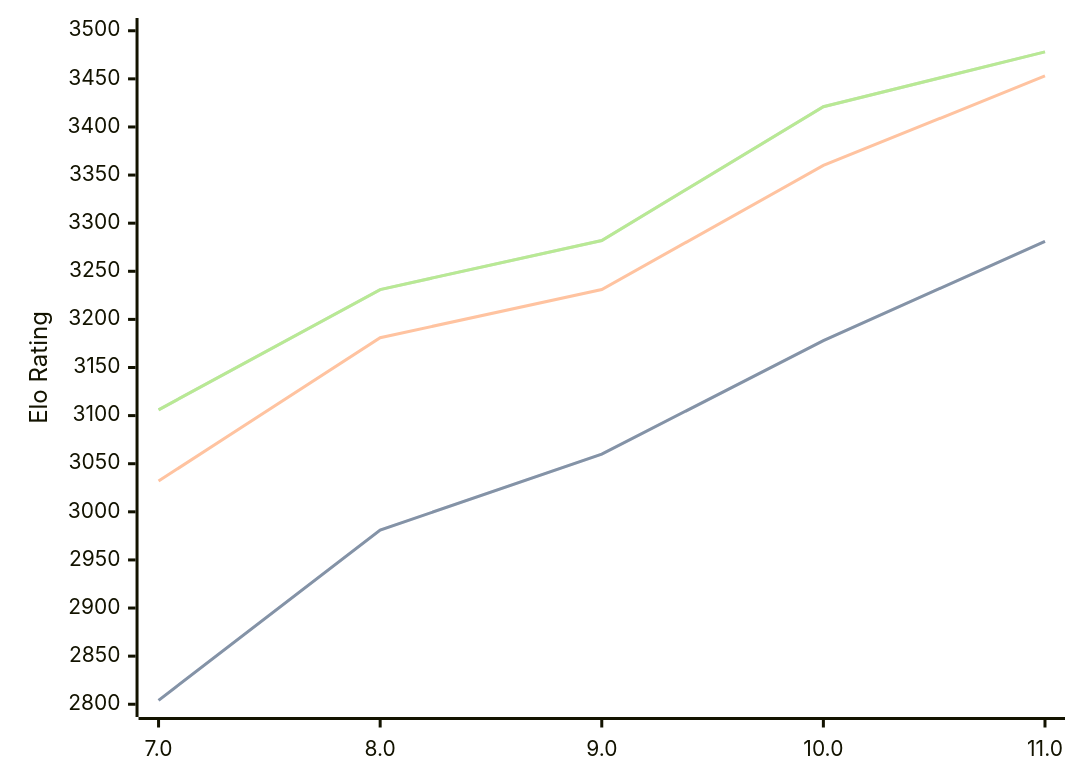
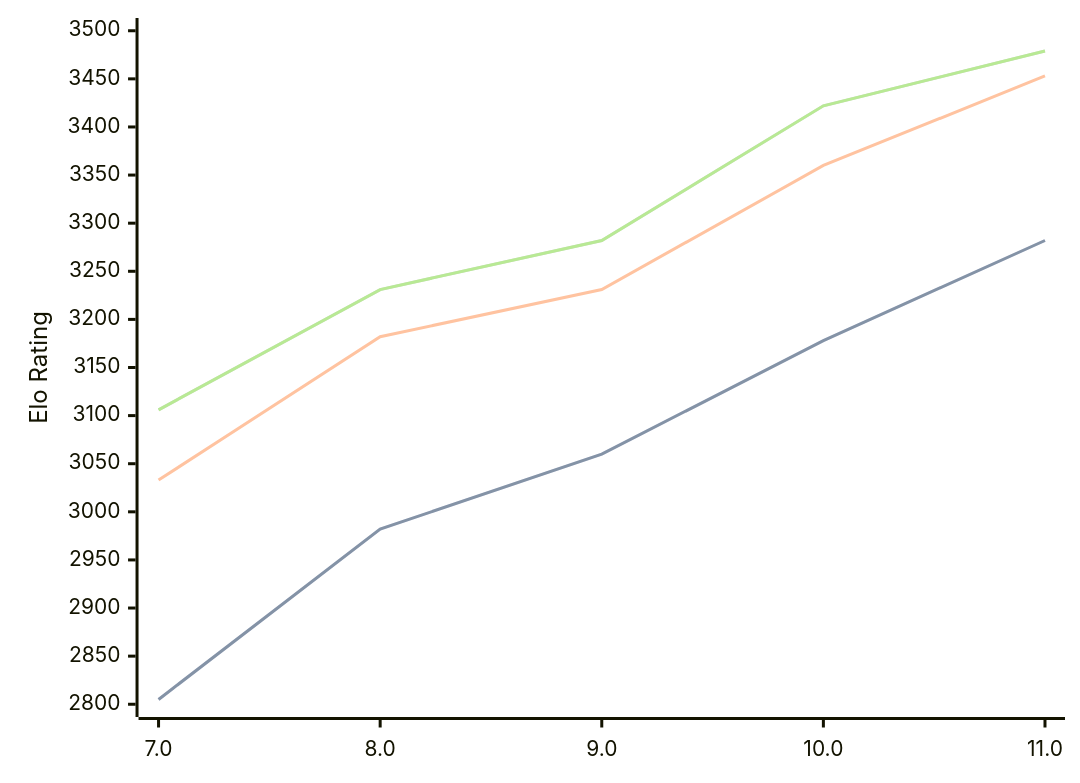
Before and after one commit to computer-chess-index/cci: the diagram in engines/Tcheran.md, drawn with Mermaid. The commit also changed other lines of this file, not shown here.

Commit message:
Update CCI Ratings (ELO VLTC) - 2026-04-25

````diff
--- a/engines/Tcheran.md
+++ b/engines/Tcheran.md
@@ -49,11 +49,11 @@
 ```mermaid
 %%{init: {"theme":"base","themeVariables":{"seriesColors:['#a3a3a3','#222221','#faa371']}}}%%
 xychart-beta
   x-axis ["7.0", "8.0", "9.0", "10.0", "11.0"]
   y-axis "Elo Rating" 2800 --> 3500
-  line "STC (8.0+0.08s)" [2804, 2981, 3060, 3178, 3281]
-  line "STC (8.0+0.08s)" [2804, 2981, 3060, 3178, 3281]
-  line "LTC (60.0+0.60s)" [3032, 3181, 3231, 3360, 3453]
-  line "VLTC (2m24s+1.12s)" [3106, 3231, 3282, 3421, 3478]
-  line "VLTC (2m24s+1.12s)" [3106, 3231, 3282, 3421, 3478]
+  line "STC (8.0+0.08s)" [2805, 2982, 3060, 3178, 3282]
+  line "STC (8.0+0.08s)" [2805, 2982, 3060, 3178, 3282]
+  line "LTC (60.0+0.60s)" [3033, 3182, 3231, 3360, 3453]
+  line "VLTC (2m24s+1.12s)" [3106, 3231, 3282, 3422, 3479]
+  line "VLTC (2m24s+1.12s)" [3106, 3231, 3282, 3422, 3479]
 ```
````
